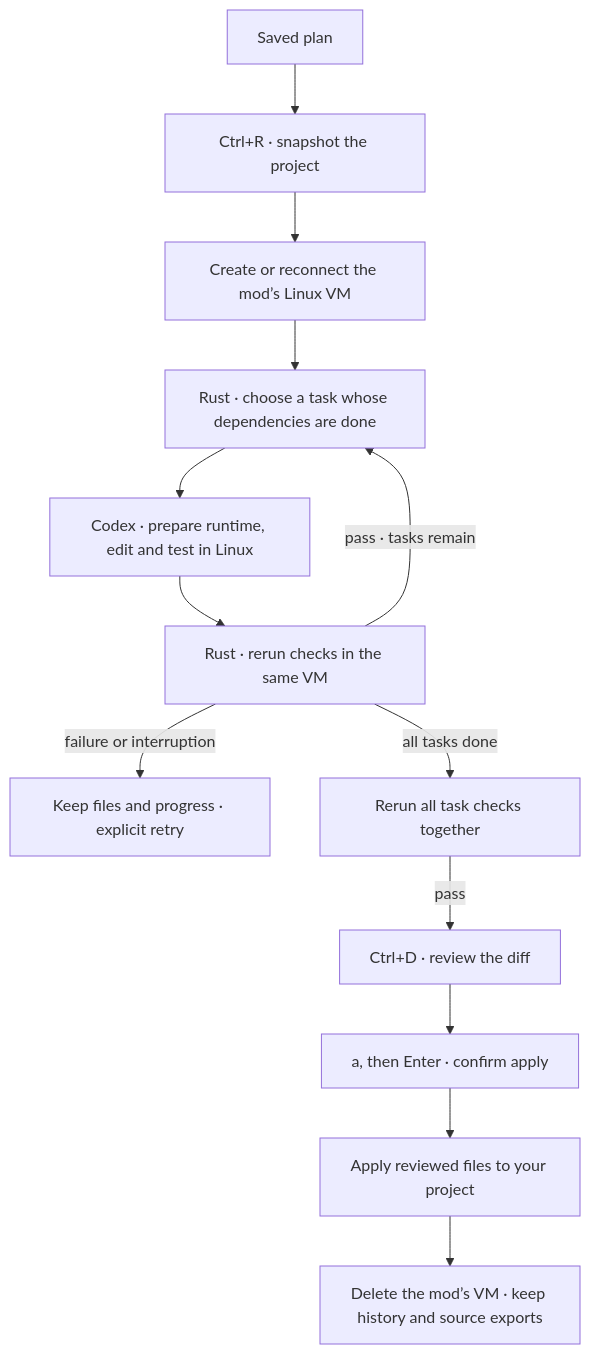
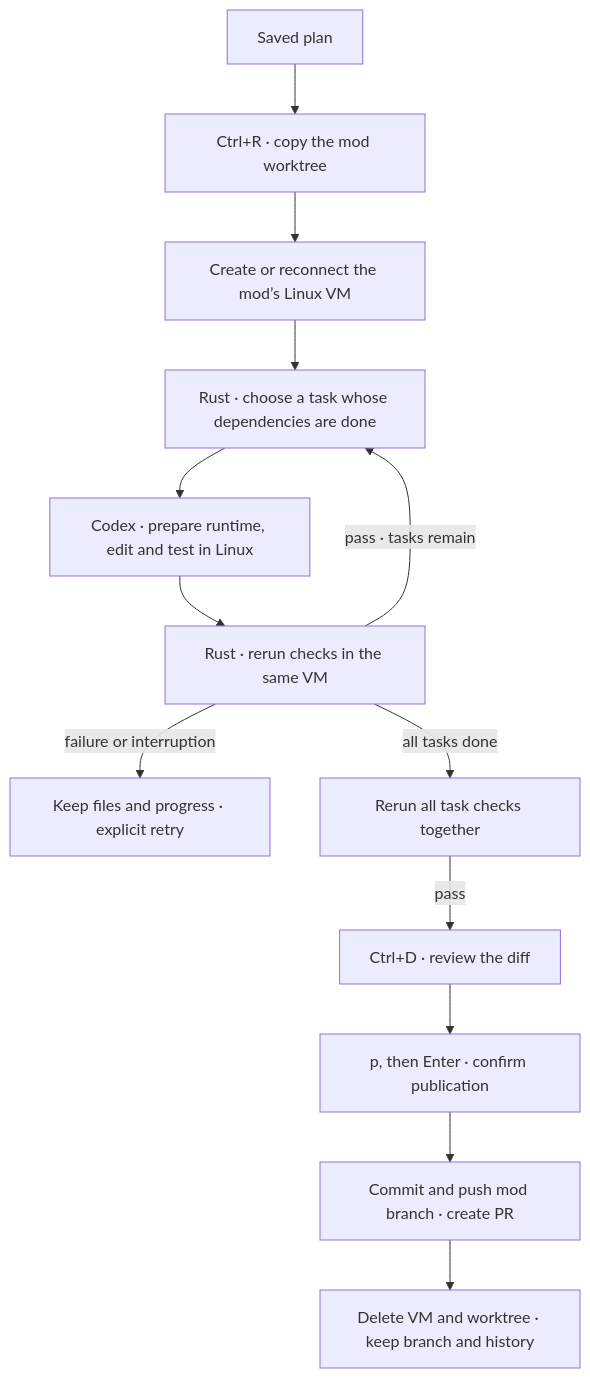
Before and after one commit to minimumeffort-dev/sprowt.harness: the diagram in docs/execution.md, drawn with Mermaid. The commit also changed other lines of this file and 14 other files, not shown here.

````diff
--- a/docs/execution.md
+++ b/docs/execution.md
@@ -5,15 +5,15 @@
 ```mermaid
 flowchart TB
-    plan["Saved plan"] --> start["Ctrl+R · snapshot the project"]
+    plan["Saved plan"] --> start["Ctrl+R · copy the mod worktree"]
     start --> vm["Create or reconnect the mod’s Linux VM"]
     vm --> choose["Rust · choose a task whose dependencies are done"]
     choose --> worker["Codex · prepare runtime, edit and test in Linux"]
     worker --> checks["Rust · rerun checks in the same VM"]
     checks -->|"pass · tasks remain"| choose
     checks -->|"failure or interruption"| paused["Keep files and progress · explicit retry"]
     checks -->|"all tasks done"| final["Rerun all task checks together"]
     final -->|"pass"| review["Ctrl+D · review the diff"]
-    review --> confirm["a, then Enter · confirm apply"]
-    confirm --> project["Apply reviewed files to your project"]
-    project --> cleanup["Delete the mod’s VM · keep history and source exports"]
+    review --> confirm["p, then Enter · confirm publication"]
+    confirm --> pr["Commit and push mod branch · create PR"]
+    pr --> cleanup["Delete VM and worktree · keep branch and history"]
 ```
````
